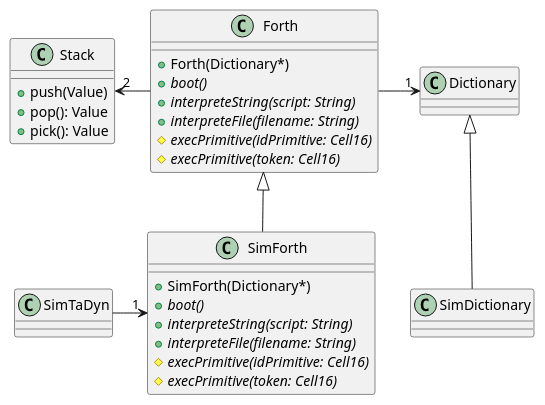
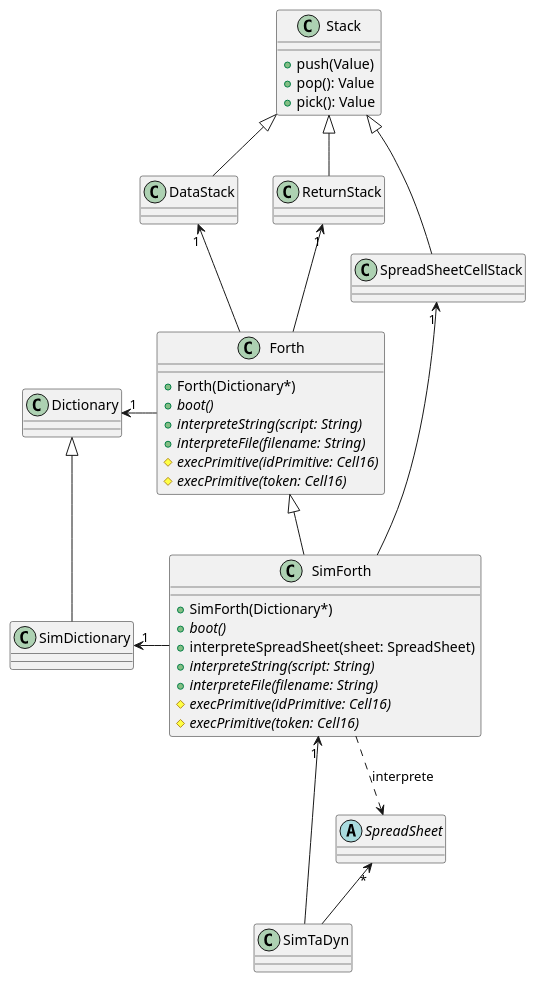
One commit to Lecrapouille/SimTaDyn changed the diagram in doc/uml/simforth.plantuml. Above: the diagram before and after it, drawn with PlantUML. The commit also changed 52 other files, not shown here.

```diff
--- a/doc/uml/simforth.plantuml
+++ b/doc/uml/simforth.plantuml
@@ -1,41 +1,53 @@
 @startuml
 
 class Forth {
 +Forth(Dictionary*)
 +{abstract} boot()
 +{abstract} interpreteString(script: String)
 +{abstract} interpreteFile(filename: String)
 #{abstract} execPrimitive(idPrimitive: Cell16)
 #{abstract} execPrimitive(token: Cell16)
 }
 
 class Stack {
 +push(Value)
 +pop(): Value
 +pick(): Value
 }
 
 class Dictionary {
 
 }
 
 class SimForth {
 +SimForth(Dictionary*)
 +{abstract} boot()
++interpreteSpreadSheet(sheet: SpreadSheet)
 +{abstract} interpreteString(script: String)
 +{abstract} interpreteFile(filename: String)
 #{abstract} execPrimitive(idPrimitive: Cell16)
 #{abstract} execPrimitive(token: Cell16)
 }
 
 class SimDictionary {
 
 }
 
-Stack "2" <- Forth
-Forth -> "1" Dictionary
+abstract class SpreadSheet {
+
+}
+
+DataStack "1" <-- Forth
+ReturnStack "1" <-- Forth
+Dictionary "1" <- Forth
+SimDictionary "1" <- SimForth
 Forth <|-- SimForth
 Dictionary <|-- SimDictionary
-SimTaDyn -> "1" SimForth
-
+Stack <|-- DataStack
+Stack <|-- ReturnStack
+Stack <|-- SpreadSheetCellStack
+SpreadSheetCellStack "1" <-- SimForth
+SimForth "1" <- SimTaDyn
+SpreadSheet "*" <-- SimTaDyn
+SimForth ..> SpreadSheet : interprete
 @enduml
```
